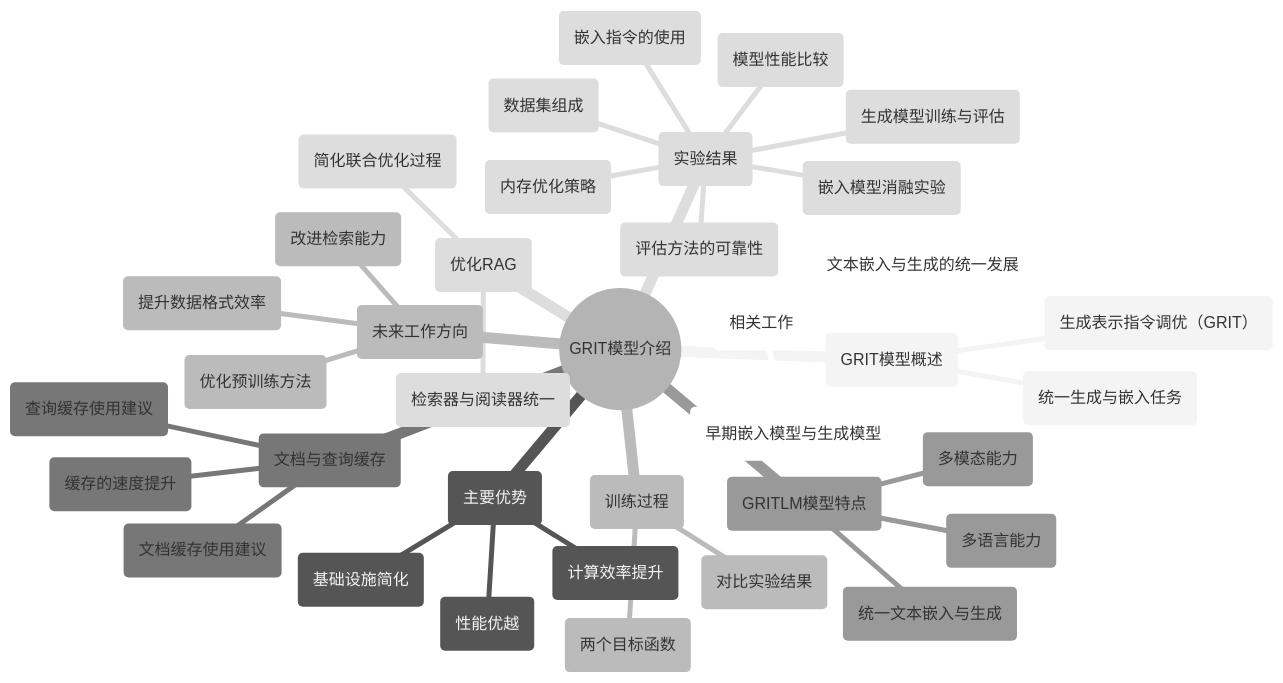
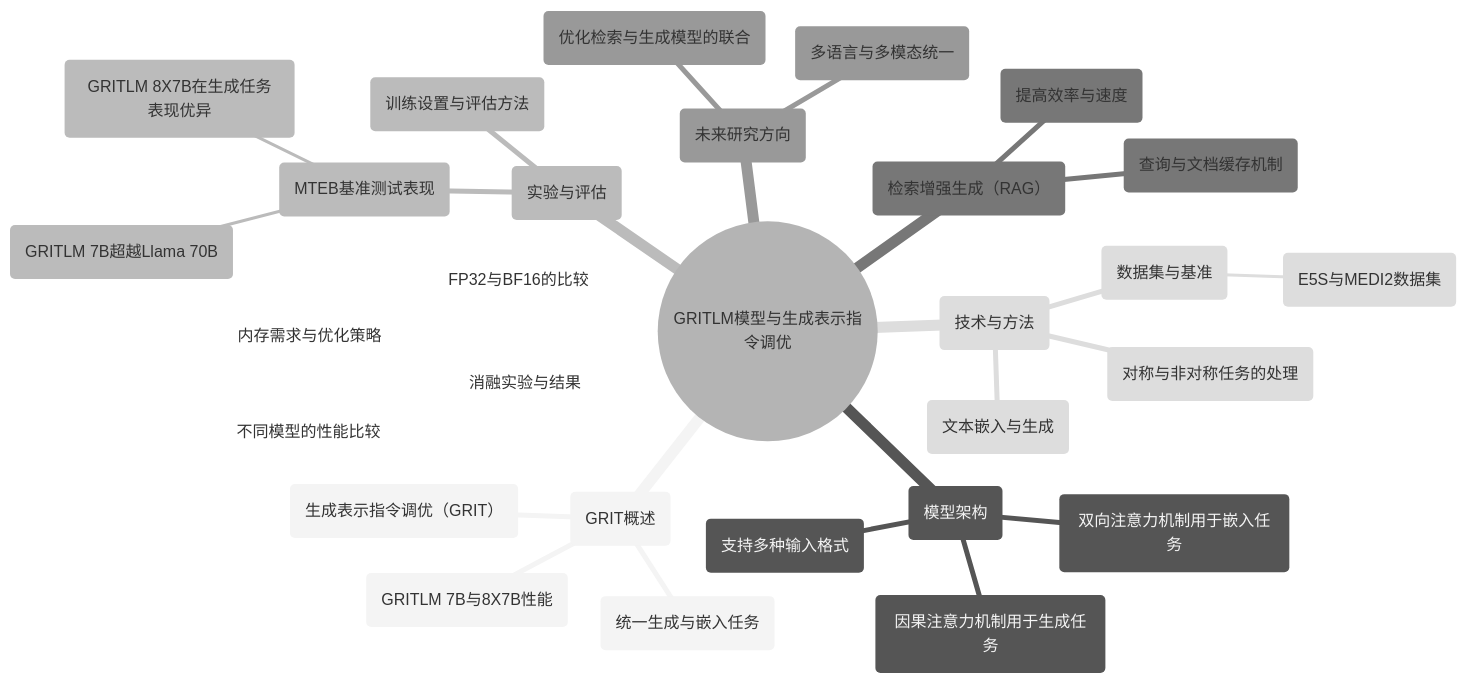
One commit to Fabreque/charles changed diagram 13 of 44 in AI技术类文章.md. Above: the diagram before and after it, drawn with Mermaid (neutral theme). The commit also changed other lines of this file and 6 other files, not shown here.

````diff
--- a/AI技术类文章.md
+++ b/AI技术类文章.md
@@ -624,40 +1439,32 @@
 ```mermaid
 mindmap
-  root((GRIT模型介绍))
-    ("GRIT模型概述")
+  root((GRITLM模型与生成表示指令调优))
+    ("GRIT概述")
       ("生成表示指令调优（GRIT）")
       ("统一生成与嵌入任务")
-    ("主要优势")
-      ("性能优越")
-      ("计算效率提升")
-      ("基础设施简化")
-    ("训练过程")
-      ("两个目标函数")
-      ("对比实验结果")
-    ("文档与查询缓存")
-      ("文档缓存使用建议")
-      ("查询缓存使用建议")
-      ("缓存的速度提升")
-    ("GRITLM模型特点")
-      ("统一文本嵌入与生成")
-      ("多语言能力")
-      ("多模态能力")
-    ("优化RAG")
-      ("检索器与阅读器统一")
-      ("简化联合优化过程")
-    ("相关工作")
-      ("文本嵌入与生成的统一发展")
-      ("早期嵌入模型与生成模型")
-    ("实验结果")
-      ("模型性能比较")
-      ("嵌入模型消融实验")
-      ("生成模型训练与评估")
-      ("评估方法的可靠性")
-      ("数据集组成")
-      ("嵌入指令的使用")
-      ("内存优化策略")
-    ("未来工作方向")
-      ("改进检索能力")
-      ("优化预训练方法")
-      ("提升数据格式效率")
+      ("GRITLM 7B与8X7B性能")
+    ("模型架构")
+      ("双向注意力机制用于嵌入任务")
+      ("因果注意力机制用于生成任务")
+      ("支持多种输入格式")
+    ("实验与评估")
+      ("训练设置与评估方法")
+      ("MTEB基准测试表现")
+        ("GRITLM 7B超越Llama 70B")
+        ("GRITLM 8X7B在生成任务表现优异")
+    ("检索增强生成（RAG）")
+      ("查询与文档缓存机制")
+      ("提高效率与速度")
+    ("未来研究方向")
+      ("多语言与多模态统一")
+      ("优化检索与生成模型的联合")
+    ("技术与方法")
+      ("文本嵌入与生成")
+      ("对称与非对称任务的处理")
+      ("数据集与基准")
+        ("E5S与MEDI2数据集")
+    ("消融实验与结果")
+      ("不同模型的性能比较")
+      ("内存需求与优化策略")
+      ("FP32与BF16的比较")
 ```
````
